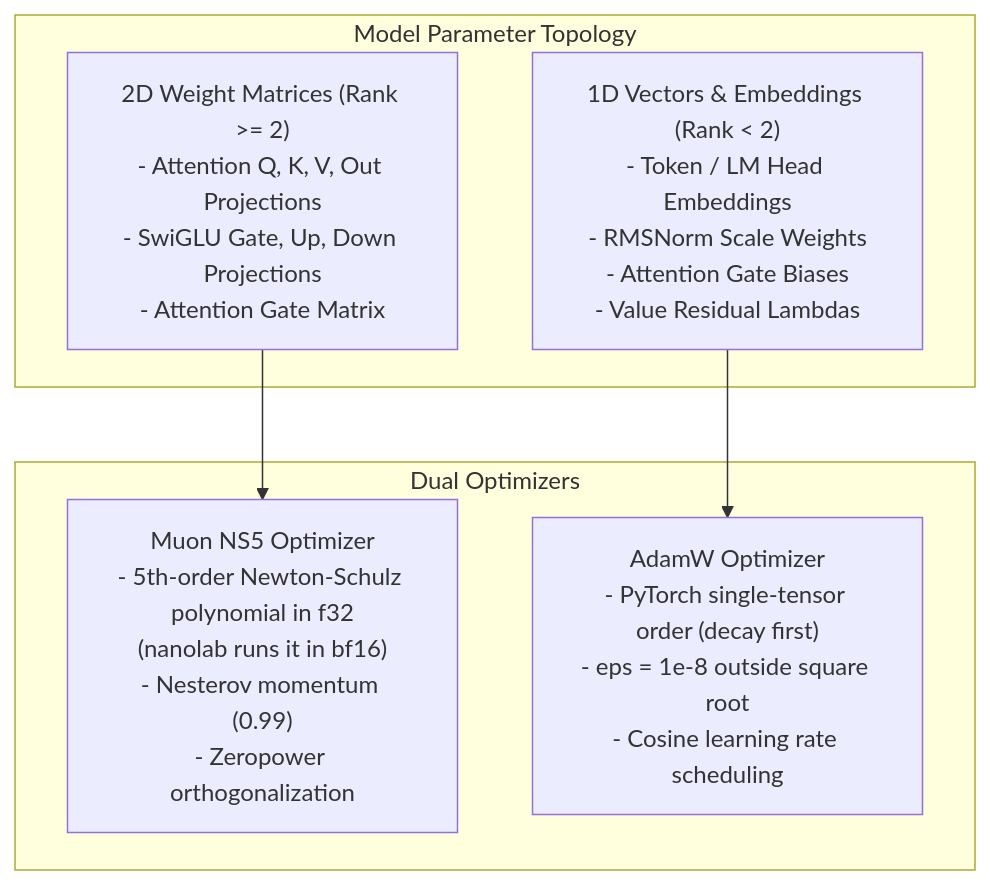
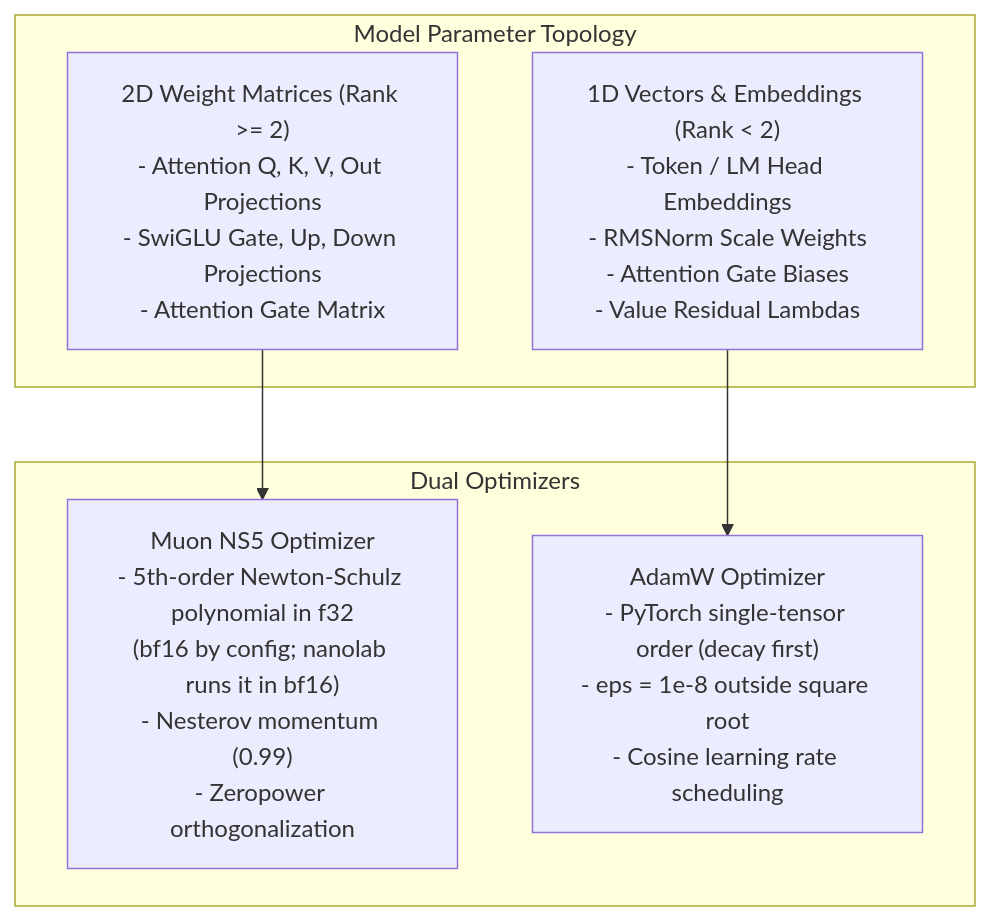
One commit to bharathvbcr/ojas changed the sixth of 8 diagrams in README.md. Above: the diagram before and after it, drawn with Mermaid. The commit also changed other lines of this file and 8 other files, not shown here.

````diff
--- a/README.md
+++ b/README.md
@@ -256,15 +256,15 @@
 ```mermaid
 flowchart TD
     subgraph ModelParams["Model Parameter Topology"]
         Matrices["2D Weight Matrices (Rank >= 2)\n- Attention Q, K, V, Out Projections\n- SwiGLU Gate, Up, Down Projections\n- Attention Gate Matrix"]
         Vectors["1D Vectors & Embeddings (Rank < 2)\n- Token / LM Head Embeddings\n- RMSNorm Scale Weights\n- Attention Gate Biases\n- Value Residual Lambdas"]
     end
 
     subgraph DualOptimizers["Dual Optimizers"]
-        Muon["Muon NS5 Optimizer\n- 5th-order Newton-Schulz polynomial in f32\n(nanolab runs it in bf16)\n- Nesterov momentum (0.99)\n- Zeropower orthogonalization"]
+        Muon["Muon NS5 Optimizer\n- 5th-order Newton-Schulz polynomial in f32\n(bf16 by config; nanolab runs it in bf16)\n- Nesterov momentum (0.99)\n- Zeropower orthogonalization"]
         AdamW["AdamW Optimizer\n- PyTorch single-tensor order (decay first)\n- eps = 1e-8 outside square root\n- Cosine learning rate scheduling"]
     end
 
     Matrices --> Muon
     Vectors --> AdamW
 ```
````
